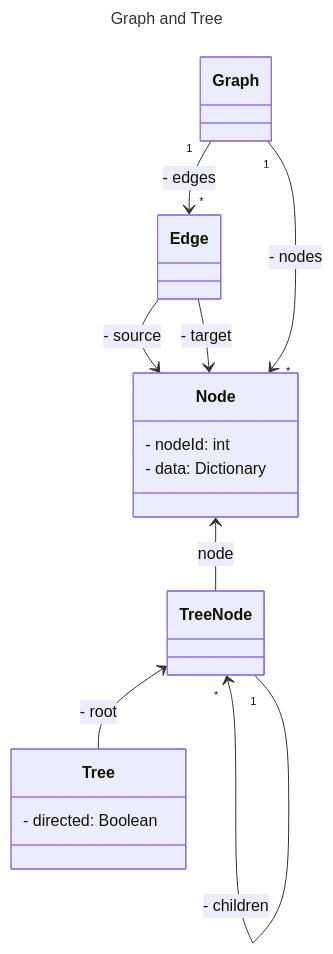
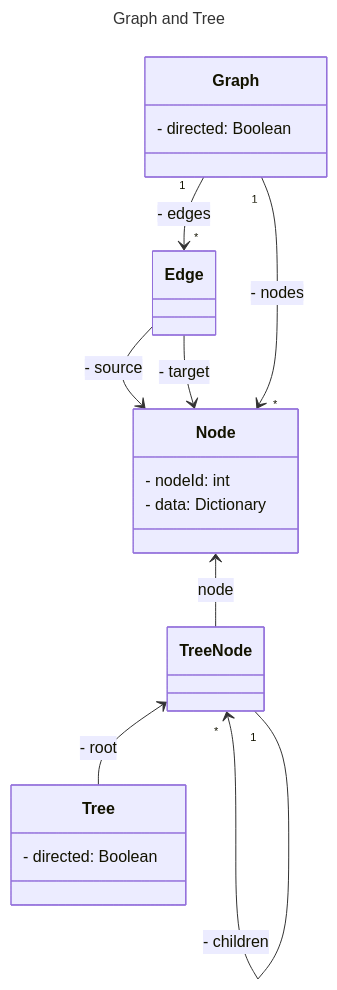
The second of 3 diagrams in README.md (trami25/Graph-Visualizer), drawn with Mermaid before and after one commit. The commit also changed other lines of this file, not shown here.

Commit message:
doc: update diagrams with current project structure [#75]

````diff
--- a/README.md
+++ b/README.md
@@ -45,24 +46,26 @@
 ```mermaid
 ---
 title: Graph and Tree
 ---
 classDiagram
-    class Graph
+    class Graph {
+        - directed: Boolean
+    }
     class Node {
         - nodeId: int
         - data: Dictionary
     }
     class Edge
     class Tree {
         - directed: Boolean
     }
     class TreeNode
     
     Node <-- TreeNode : node
     TreeNode "*" <-- "1" TreeNode : - children
     TreeNode <-- Tree : - root
     Edge --> Node : - source
     Edge --> Node : - target
     Graph "1" --> "*" Node : - nodes
     Graph "1" --> "*" Edge : - edges
 ```
````
